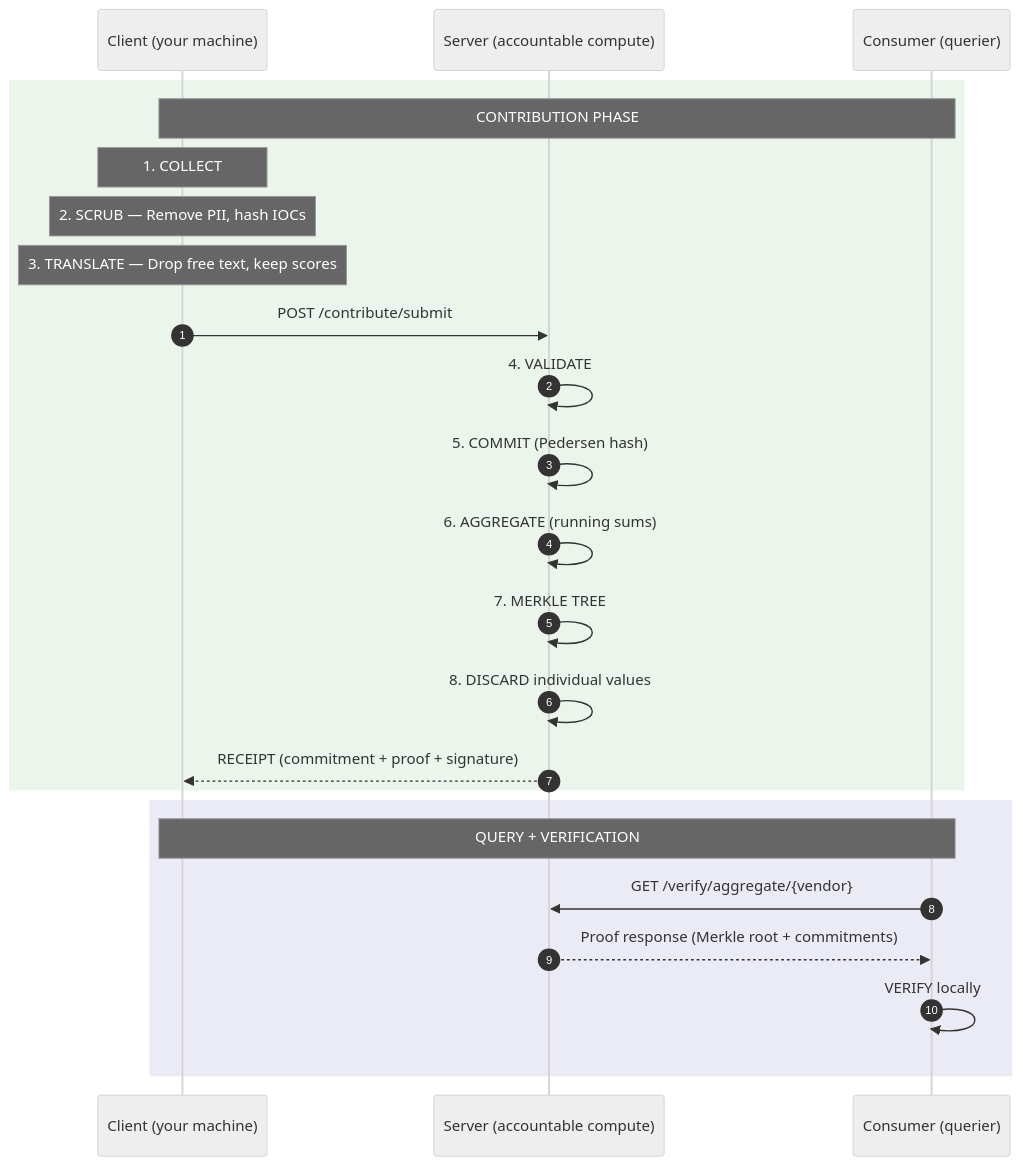
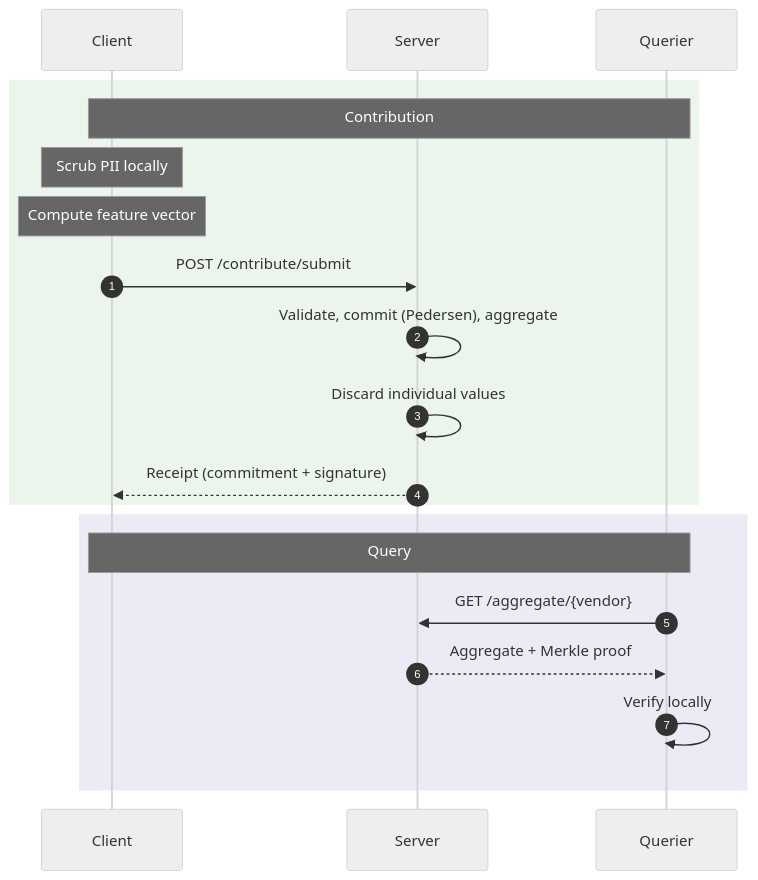
One commit to manizzle/nur-public changed the second of 2 diagrams in README.md. Above: the diagram before and after it, drawn with Mermaid (neutral theme). The commit also changed other lines of this file, not shown here.

````diff
--- a/README.md
+++ b/README.md
@@ -37,28 +134,24 @@
 ```mermaid
 sequenceDiagram
     autonumber
-    participant C as Client (your machine)
-    participant S as Server (accountable compute)
-    participant Q as Consumer (querier)
+    participant C as Client
+    participant S as Server
+    participant Q as Querier
 
     rect rgb(235, 245, 235)
-    Note over C,Q: CONTRIBUTION PHASE
-    Note over C: 1. COLLECT
-    Note over C: 2. SCRUB — Remove PII, hash IOCs
-    Note over C: 3. TRANSLATE — Drop free text, keep scores
+    Note over C,Q: Contribution
+    Note over C: Scrub PII locally
+    Note over C: Compute feature vector
     C->>S: POST /contribute/submit
-    S->>S: 4. VALIDATE
-    S->>S: 5. COMMIT (Pedersen hash)
-    S->>S: 6. AGGREGATE (running sums)
-    S->>S: 7. MERKLE TREE
-    S->>S: 8. DISCARD individual values
-    S-->>C: RECEIPT (commitment + proof + signature)
+    S->>S: Validate, commit (Pedersen), aggregate
+    S->>S: Discard individual values
+    S-->>C: Receipt (commitment + signature)
     end
 
     rect rgb(235, 235, 245)
-    Note over C,Q: QUERY + VERIFICATION
-    Q->>S: GET /verify/aggregate/{vendor}
-    S-->>Q: Proof response (Merkle root + commitments)
-    Q->>Q: VERIFY locally
+    Note over C,Q: Query
+    Q->>S: GET /aggregate/{vendor}
+    S-->>Q: Aggregate + Merkle proof
+    Q->>Q: Verify locally
     end
 ```
````
